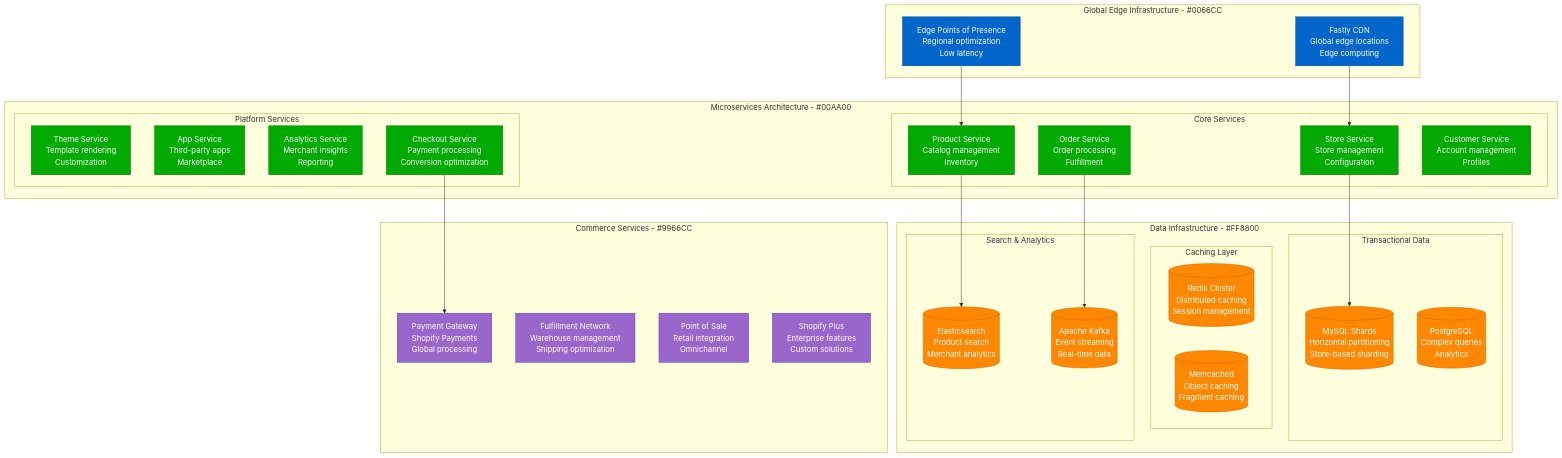
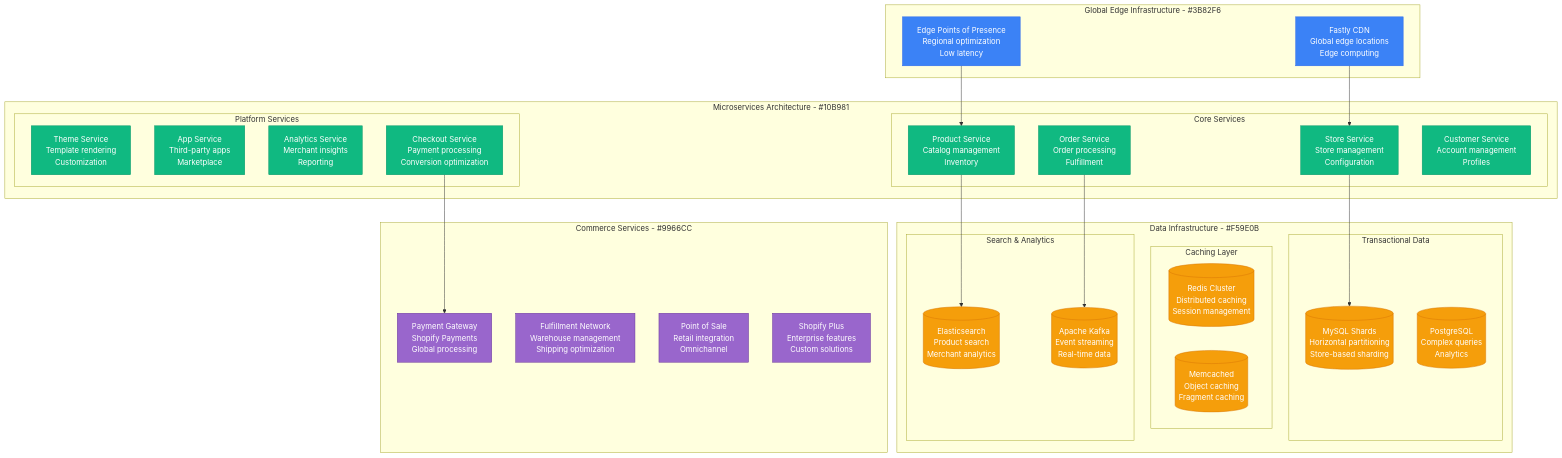
One commit to deepaucksharma/DS changed the third of 4 diagrams in site/docs/scaling/shopify-scale-evolution.md. Above: the diagram before and after it, drawn with Mermaid. The commit also changed other lines of this file and 187 other files, not shown here.

````diff
--- a/site/docs/scaling/shopify-scale-evolution.md
+++ b/site/docs/scaling/shopify-scale-evolution.md
@@ -123,64 +123,64 @@
 ```mermaid
 graph TB
-    subgraph GlobalEdge[Global Edge Infrastructure - #0066CC]
+    subgraph GlobalEdge[Global Edge Infrastructure - #3B82F6]
         FASTLY[Fastly CDN<br/>Global edge locations<br/>Edge computing]
         EDGE_POP[Edge Points of Presence<br/>Regional optimization<br/>Low latency]
     end
 
-    subgraph MicroservicesCore[Microservices Architecture - #00AA00]
+    subgraph MicroservicesCore[Microservices Architecture - #10B981]
         subgraph CoreServices[Core Services]
             STORE_SVC[Store Service<br/>Store management<br/>Configuration]
             PRODUCT_SVC[Product Service<br/>Catalog management<br/>Inventory]
             ORDER_SVC[Order Service<br/>Order processing<br/>Fulfillment]
             CUSTOMER_SVC[Customer Service<br/>Account management<br/>Profiles]
         end
 
         subgraph PlatformServices[Platform Services]
             THEME_SVC[Theme Service<br/>Template rendering<br/>Customization]
             APP_SVC[App Service<br/>Third-party apps<br/>Marketplace]
             ANALYTICS_SVC[Analytics Service<br/>Merchant insights<br/>Reporting]
             CHECKOUT_SVC[Checkout Service<br/>Payment processing<br/>Conversion optimization]
         end
     end
 
-    subgraph DataInfrastructure[Data Infrastructure - #FF8800]
+    subgraph DataInfrastructure[Data Infrastructure - #F59E0B]
         subgraph TransactionalData[Transactional Data]
             MYSQL_SHARDS[(MySQL Shards<br/>Horizontal partitioning<br/>Store-based sharding)]
             POSTGRES[(PostgreSQL<br/>Complex queries<br/>Analytics)]
         end
 
         subgraph CachingLayer[Caching Layer]
             REDIS_CLUSTER[(Redis Cluster<br/>Distributed caching<br/>Session management)]
             MEMCACHED[(Memcached<br/>Object caching<br/>Fragment caching)]
         end
 
         subgraph SearchData[Search & Analytics]
             ELASTICSEARCH[(Elasticsearch<br/>Product search<br/>Merchant analytics)]
             KAFKA[(Apache Kafka<br/>Event streaming<br/>Real-time data)]
         end
     end
 
     subgraph CommerceServices[Commerce Services - #9966CC]
         PAYMENT_GATEWAY[Payment Gateway<br/>Shopify Payments<br/>Global processing]
         FULFILLMENT[Fulfillment Network<br/>Warehouse management<br/>Shipping optimization]
         POS[Point of Sale<br/>Retail integration<br/>Omnichannel]
         PLUS[Shopify Plus<br/>Enterprise features<br/>Custom solutions]
     end
 
     FASTLY --> STORE_SVC
     EDGE_POP --> PRODUCT_SVC
     STORE_SVC --> MYSQL_SHARDS
     PRODUCT_SVC --> ELASTICSEARCH
     ORDER_SVC --> KAFKA
     CHECKOUT_SVC --> PAYMENT_GATEWAY
 
-    classDef edgeStyle fill:#0066CC,stroke:#004499,color:#fff
-    classDef serviceStyle fill:#00AA00,stroke:#007700,color:#fff
-    classDef dataStyle fill:#FF8800,stroke:#CC6600,color:#fff
+    classDef edgeStyle fill:#3B82F6,stroke:#2563EB,color:#fff
+    classDef serviceStyle fill:#10B981,stroke:#059669,color:#fff
+    classDef dataStyle fill:#F59E0B,stroke:#D97706,color:#fff
     classDef commerceStyle fill:#9966CC,stroke:#663399,color:#fff
 
     class FASTLY,EDGE_POP edgeStyle
     class STORE_SVC,PRODUCT_SVC,ORDER_SVC,CUSTOMER_SVC,THEME_SVC,APP_SVC,ANALYTICS_SVC,CHECKOUT_SVC serviceStyle
     class MYSQL_SHARDS,POSTGRES,REDIS_CLUSTER,MEMCACHED,ELASTICSEARCH,KAFKA dataStyle
     class PAYMENT_GATEWAY,FULFILLMENT,POS,PLUS commerceStyle
 ```
````
